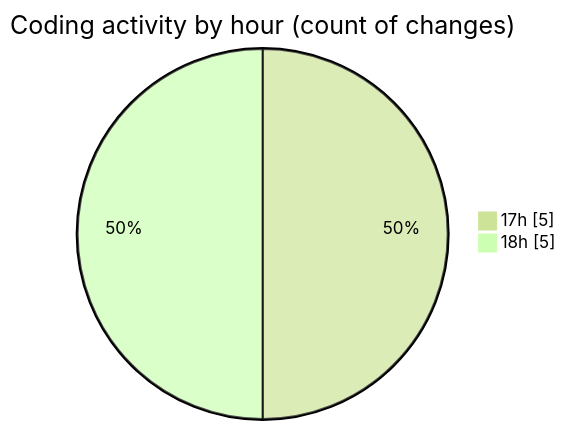
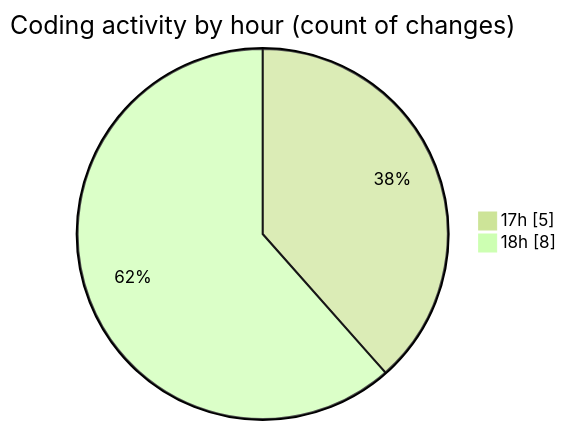
Before and after one commit to debugP/code-tracking: the second of 2 diagrams in 2025-08-22/jmb-woocommerce-price-updater/README.md, drawn with Mermaid (forest theme). The commit also changed other lines of this file and 1 other file, not shown here.

````diff
--- a/2025-08-22/jmb-woocommerce-price-updater/README.md
+++ b/2025-08-22/jmb-woocommerce-price-updater/README.md
@@ -28,6 +28,6 @@
 ```mermaid
 pie showData
 title Coding activity by hour (count of changes)
 "17h" : 5
-"18h" : 5
+"18h" : 8
 ```
````
